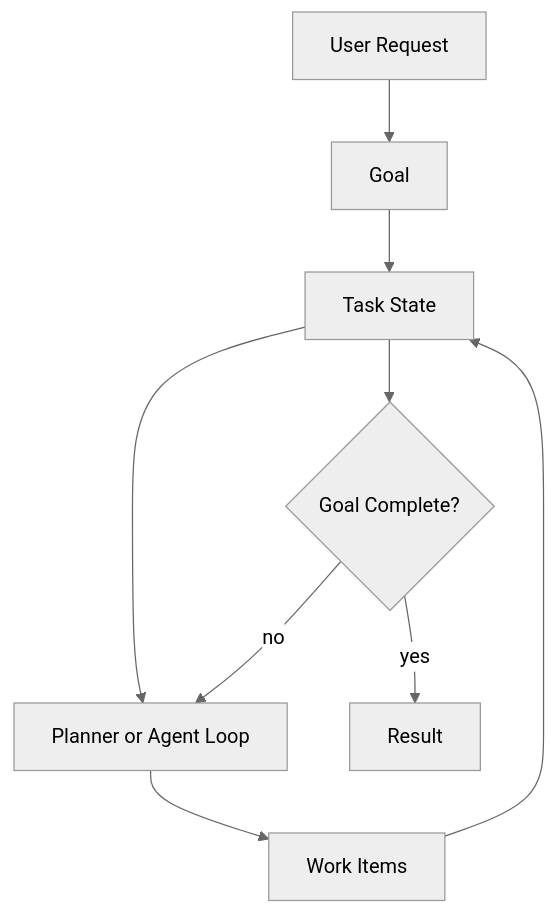
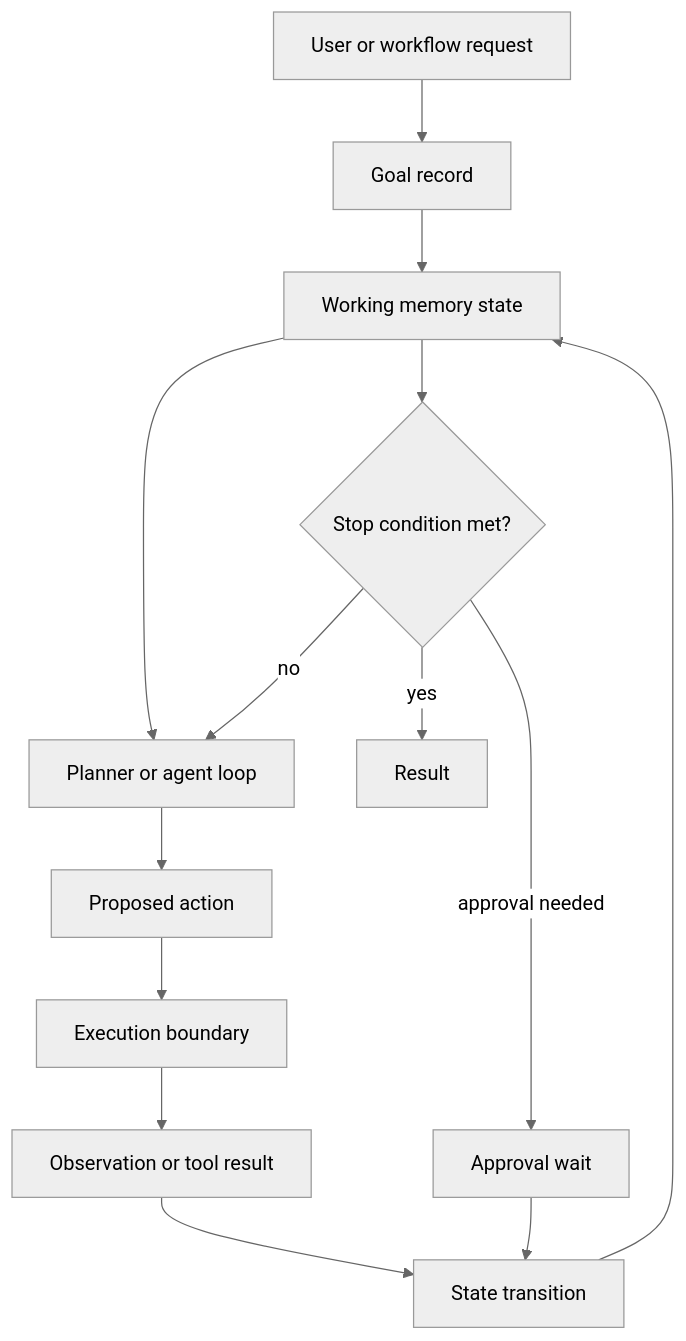
The diagram in goals-and-state-pattern/README.md (GTuritto/Agentic-Systems-Patterns), drawn with Mermaid (neutral theme) before and after one commit. The commit also changed other lines of this file and 2 other files, not shown here.

Commit message:
docs: strengthen goals and working memory state

````diff
--- a/goals-and-state-pattern/README.md
+++ b/goals-and-state-pattern/README.md
@@ -21,11 +29,16 @@
 ```mermaid
 flowchart TD
-  U[User Request] --> G[Goal]
-  G --> S[Task State]
-  S --> P[Planner or Agent Loop]
-  P --> W[Work Items]
-  W --> S
-  S --> C{Goal Complete?}
+  U[User or workflow request] --> G[Goal record]
+  G --> S[Working memory state]
+  S --> P[Planner or agent loop]
+  P --> A[Proposed action]
+  A --> E[Execution boundary]
+  E --> O[Observation or tool result]
+  O --> T[State transition]
+  T --> S
+  S --> C{Stop condition met?}
   C -->|no| P
+  C -->|approval needed| H[Approval wait]
+  H --> T
   C -->|yes| R[Result]
 ```
````
